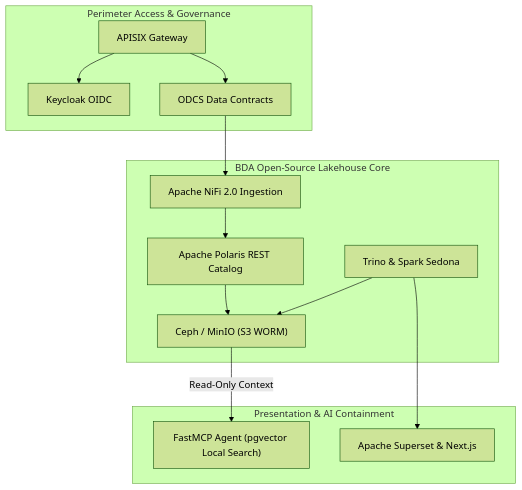
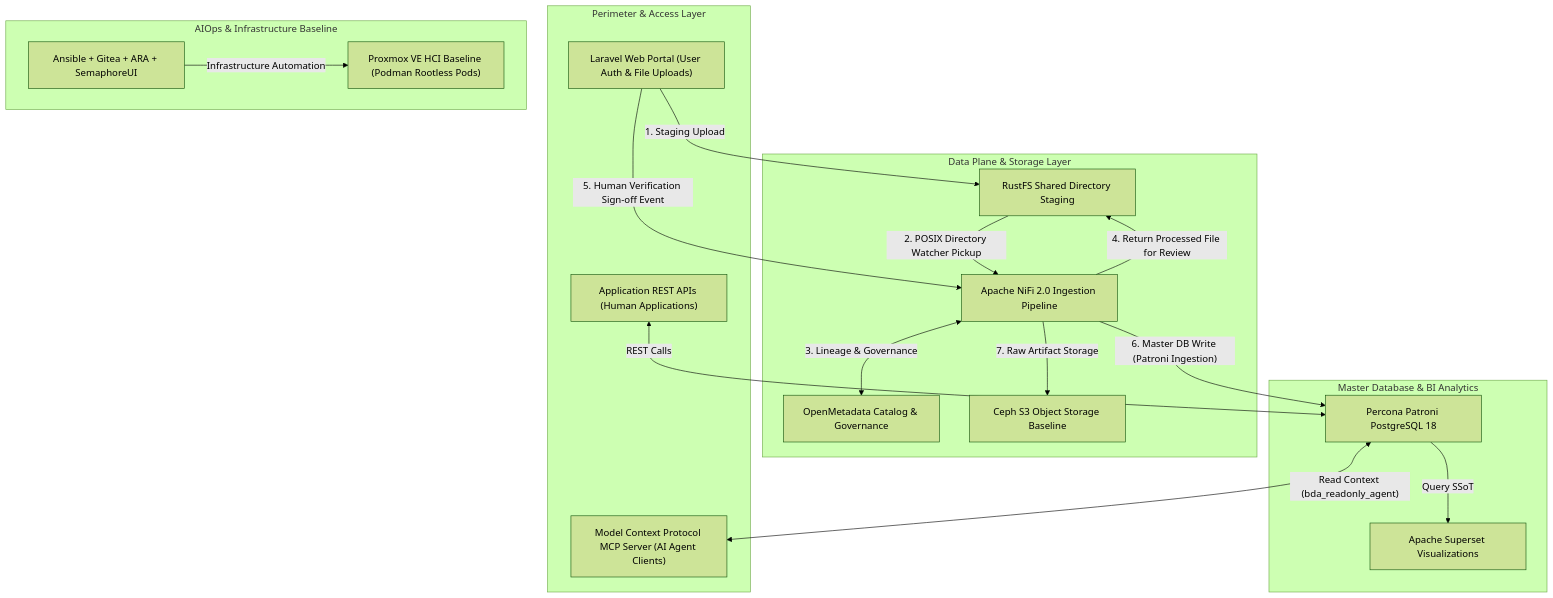
One commit to linuxmalaysia/bda-ai-infra changed the diagram in README.md. Above: the diagram before and after it, drawn with Mermaid (forest theme). The commit also changed other lines of this file and 7 other files, not shown here.

````diff
--- a/README.md
+++ b/README.md
@@ -110,31 +119,37 @@
 ```mermaid
 flowchart TD
-    subgraph Ingress ["Perimeter Access & Governance"]
-        APISIX["APISIX Gateway"]
-        Keycloak["Keycloak OIDC"]
-        ODCS["ODCS Data Contracts"]
+    subgraph Clients ["Perimeter & Access Layer"]
+        Laravel["Laravel Web Portal (User Auth & File Uploads)"]
+        RestAPI["Application REST APIs (Human Applications)"]
+        MCP["Model Context Protocol MCP Server (AI Agent Clients)"]
     end
 
-    subgraph Core ["BDA Open-Source Lakehouse Core"]
-        NiFi["Apache NiFi 2.0 Ingestion"]
-        Polaris["Apache Polaris REST Catalog"]
-        Ceph["Ceph / MinIO (S3 WORM)"]
-        Trino["Trino & Spark Sedona"]
+    subgraph DataPlane ["Data Plane & Storage Layer"]
+        RustFS["RustFS Shared Directory Staging"]
+        NiFi["Apache NiFi 2.0 Ingestion Pipeline"]
+        OpenMetadata["OpenMetadata Catalog & Governance"]
+        Ceph["Ceph S3 Object Storage Baseline"]
     end
 
-    subgraph Delivery ["Presentation & AI Containment"]
-        Superset["Apache Superset & Next.js"]
-        MCP["FastMCP Agent (pgvector Local Search)"]
+    subgraph CoreDB ["Master Database & BI Analytics"]
+        Postgres["Percona Patroni PostgreSQL 18"]
+        Superset["Apache Superset Visualizations"]
     end
 
-    APISIX --> Keycloak
-    APISIX --> ODCS
-    ODCS --> NiFi
+    subgraph ControlPlane ["AIOps & Infrastructure Baseline"]
+        AIOps["Ansible + Gitea + ARA + SemaphoreUI"]
+        Proxmox["Proxmox VE HCI Baseline (Podman Rootless Pods)"]
+    end
 
-    NiFi --> Polaris
-    Polaris --> Ceph
-    Trino --> Ceph
-
-    Trino --> Superset
-    Ceph -->|"Read-Only Context"| MCP
+    Laravel -->|"1. Staging Upload"| RustFS
+    RustFS -->|"2. POSIX Directory Watcher Pickup"| NiFi
+    NiFi <-->|"3. Lineage & Governance"| OpenMetadata
+    NiFi -->|"4. Return Processed File for Review"| RustFS
+    Laravel -->|"5. Human Verification Sign-off Event"| NiFi
+    NiFi -->|"6. Master DB Write (Patroni Ingestion)"| Postgres
+    NiFi -->|"7. Raw Artifact Storage"| Ceph
+    Postgres -->|"Query SSoT"| Superset
+    Postgres <-->|"Read Context (bda_readonly_agent)"| MCP
+    RestAPI <-->|"REST Calls"| Postgres
+    AIOps -->|"Infrastructure Automation"| Proxmox
 ```
````
